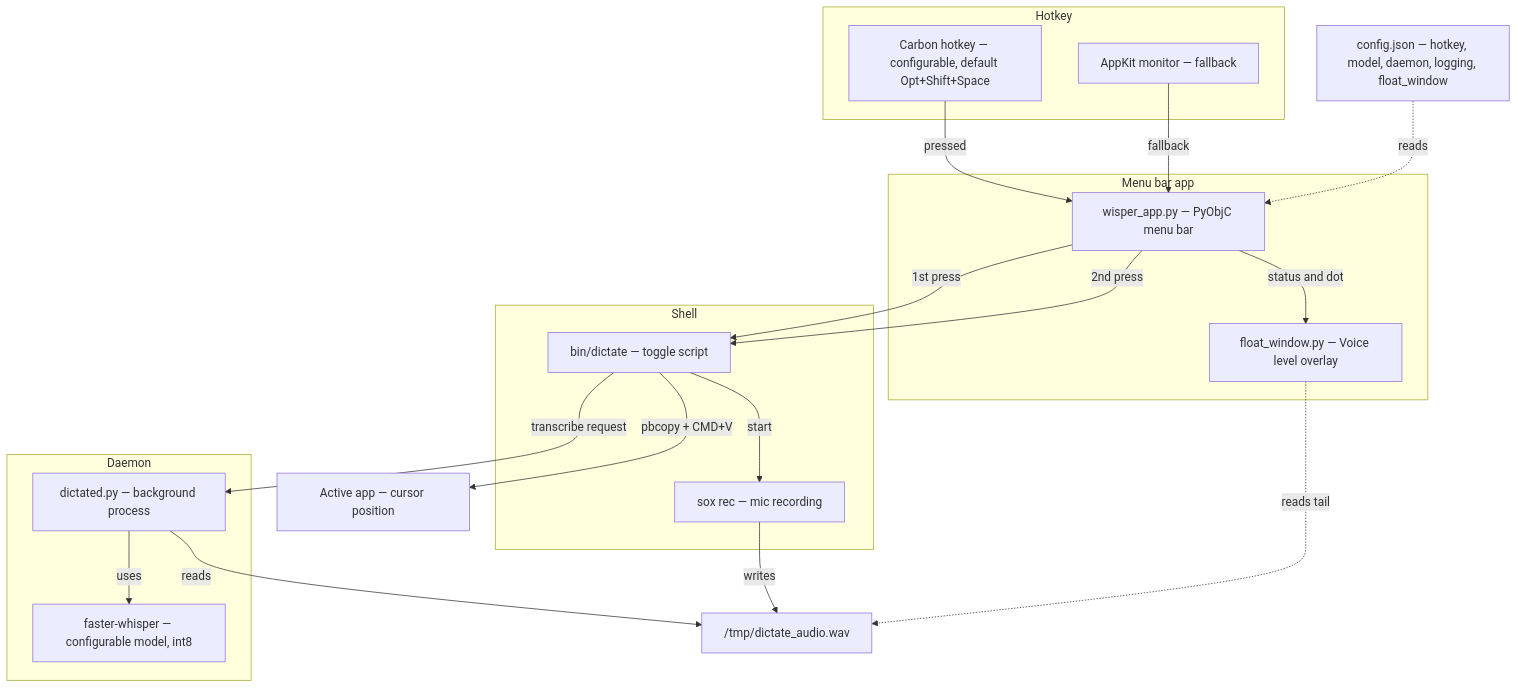
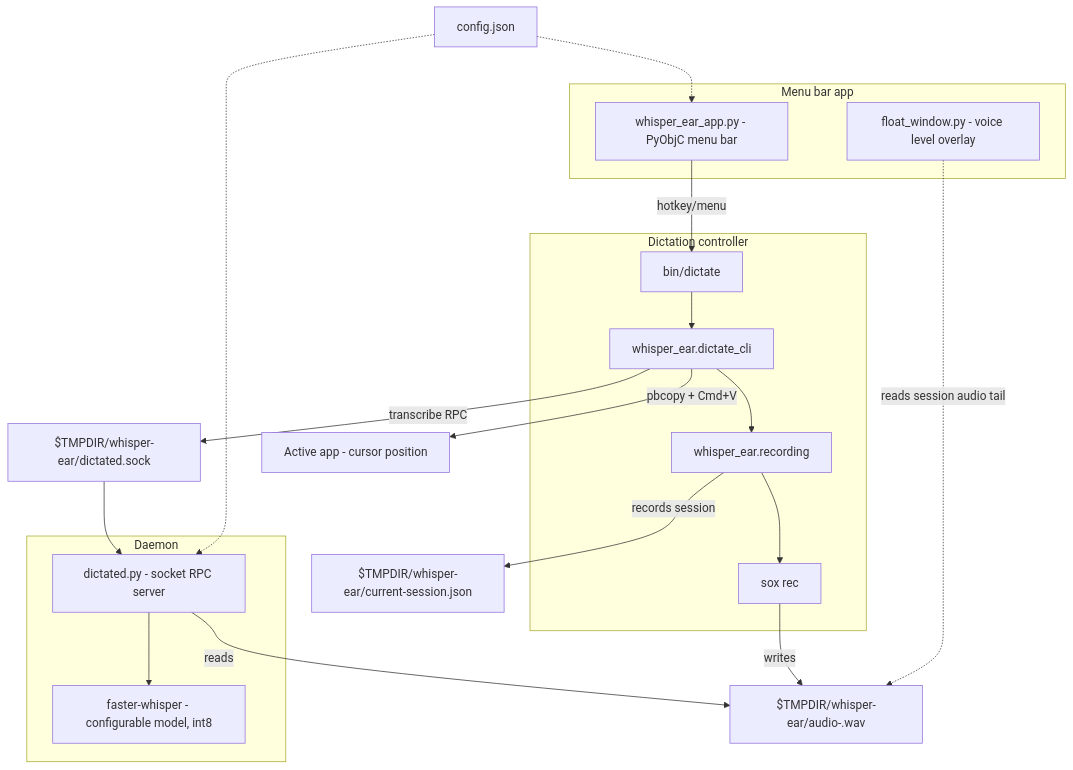
The first of 4 diagrams in docs/architecture.md (andkirby/whisper-ear), drawn with Mermaid before and after one commit. The commit also changed other lines of this file and 29 other files, not shown here.

Commit message:
Refactor dictation daemon and rename to whisper-ear

````diff
--- a/docs/architecture.md
+++ b/docs/architecture.md
@@ -5,40 +5,40 @@
 ```mermaid
 graph TB
     subgraph menu["Menu bar app"]
-        A["wisper_app.py — PyObjC menu bar"]
-        B["float_window.py — Voice level overlay"]
+        A["whisper_ear_app.py - PyObjC menu bar"]
+        B["float_window.py - voice level overlay"]
     end
 
-    subgraph hotkey["Hotkey"]
-        C["Carbon hotkey — configurable, default Opt+Shift+Space"]
-        D["AppKit monitor — fallback"]
-    end
-
-    subgraph shell["Shell"]
-        E["bin/dictate — toggle script"]
-        F["sox rec — mic recording"]
+    subgraph cli["Dictation controller"]
+        C["bin/dictate"]
+        D["whisper_ear.dictate_cli"]
+        E["whisper_ear.recording"]
+        F["sox rec"]
     end
 
     subgraph daemon["Daemon"]
-        G["dictated.py — background process"]
-        H["faster-whisper — configurable model, int8"]
+        G["dictated.py - socket RPC server"]
+        H["faster-whisper - configurable model, int8"]
     end
 
-    I["/tmp/dictate_audio.wav"]
-    J["Active app — cursor position"]
-    K["config.json — hotkey, model, daemon, logging, float_window"]
+    I["$TMPDIR/whisper-ear/current-session.json"]
+    J["$TMPDIR/whisper-ear/audio-<session>.wav"]
+    K["$TMPDIR/whisper-ear/dictated.sock"]
+    L["Active app - cursor position"]
+    M["config.json"]
 
-    C -->|pressed| A
-    D -->|fallback| A
-    A -->|1st press| E
-    A -->|2nd press| E
-    K -.->|reads| A
-    A -->|status and dot| B
-    E -->|start| F
-    F -->|writes| I
-    E -->|transcribe request| G
-    G -->|uses| H
-    G -->|reads| I
-    E -->|pbcopy + CMD+V| J
-    B -.->|reads tail| I
+    A -->|hotkey/menu| C
+    C --> D
+    D --> E
+    E --> F
+    F -->|writes| J
+    E -->|records session| I
+    D -->|transcribe RPC| K
+    K --> G
+    G --> H
+    G -->|reads| J
+    D -->|pbcopy + Cmd+V| L
+    B -.->|reads session audio tail| J
+    M -.-> A
+    M -.-> G
 ```
````
